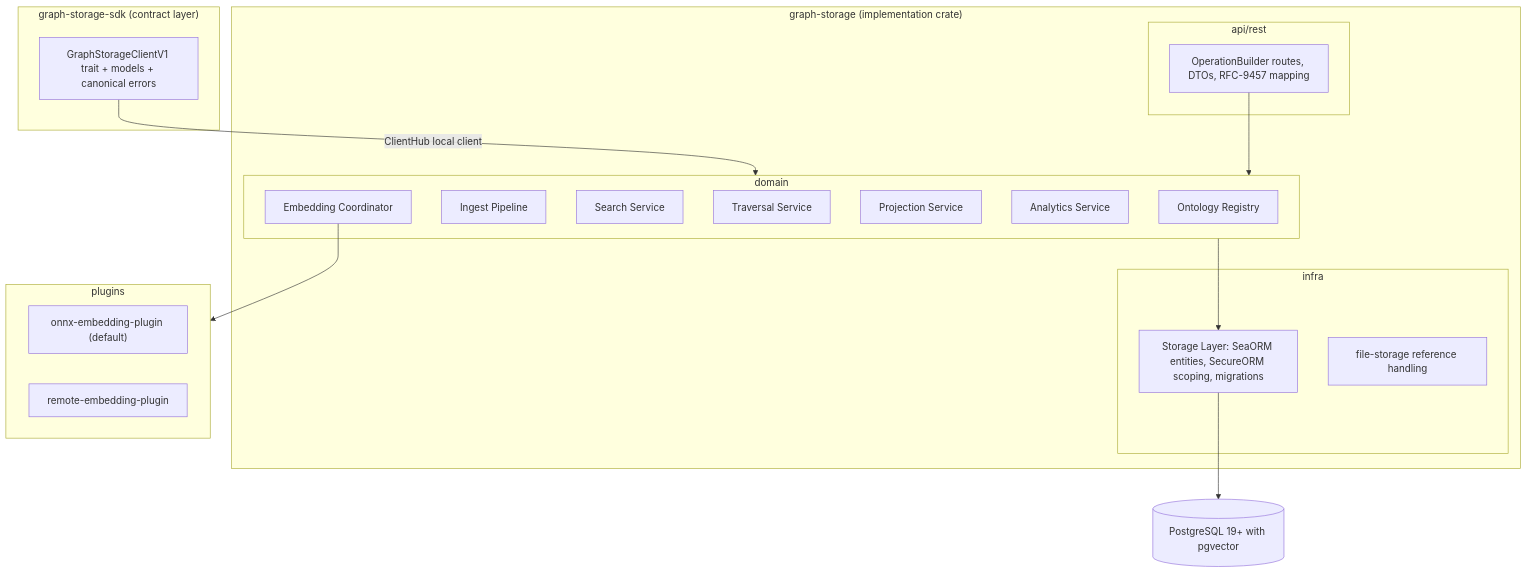
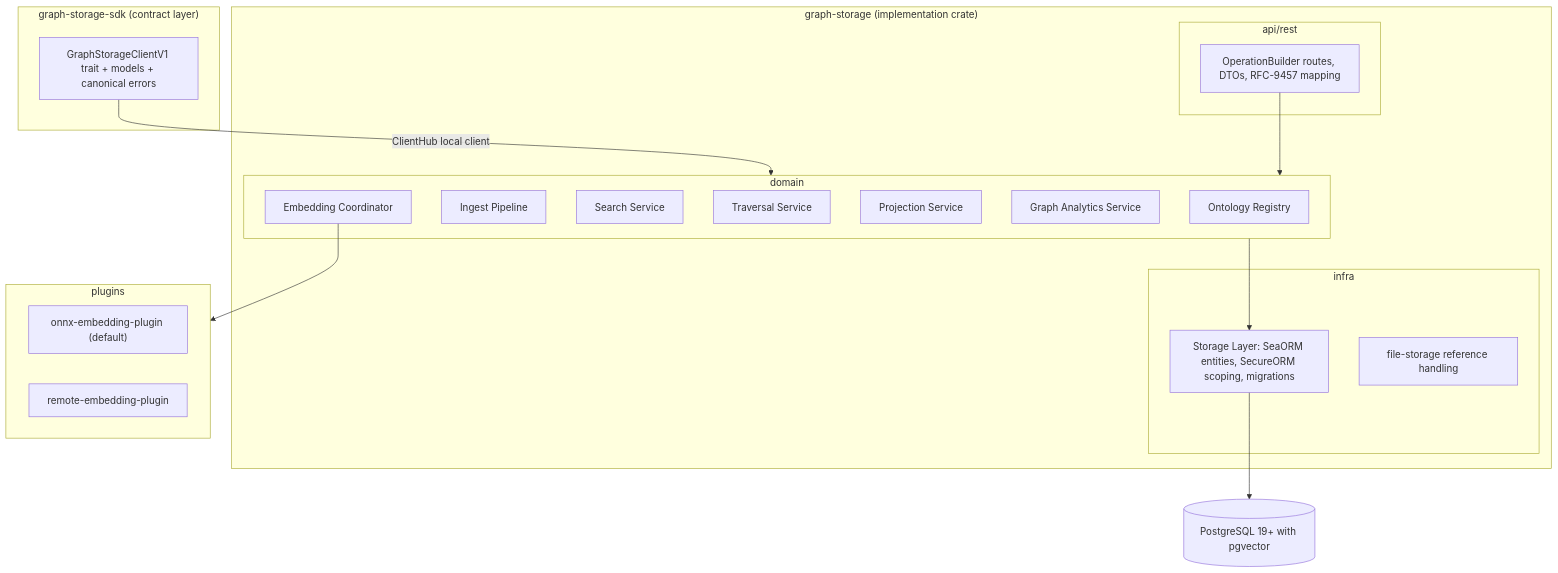
One commit to asmith987/gears-rust changed the first of 2 diagrams in gears/graph-storage/docs/DESIGN.md. Above: the diagram before and after it, drawn with Mermaid. The commit also changed other lines of this file and 3 other files, not shown here.

First line of the commit message:
docs(graph-storage): address architecture review - phantom contract, plugin surface, component rename

````diff
--- a/gears/graph-storage/docs/DESIGN.md
+++ b/gears/graph-storage/docs/DESIGN.md
@@ -100,35 +101,35 @@
 ```mermaid
 flowchart TD
     subgraph SDK["graph-storage-sdk (contract layer)"]
         CLIENT["GraphStorageClientV1 trait + models + canonical errors"]
     end
     subgraph MAIN["graph-storage (implementation crate)"]
         subgraph API["api/rest"]
             REST["OperationBuilder routes, DTOs, RFC-9457 mapping"]
         end
         subgraph DOMAIN["domain"]
             REG["Ontology Registry"]
             ING["Ingest Pipeline"]
             SRCH["Search Service"]
             TRAV["Traversal Service"]
             PROJ["Projection Service"]
-            ANA["Analytics Service"]
+            ANA["Graph Analytics Service"]
             EMB["Embedding Coordinator"]
         end
         subgraph INFRA["infra"]
             STORE["Storage Layer: SeaORM entities, SecureORM scoping, migrations"]
             FS["file-storage reference handling"]
         end
     end
     subgraph PLUGINS["plugins"]
         ONNX["onnx-embedding-plugin (default)"]
         REMOTE["remote-embedding-plugin"]
     end
     PG[("PostgreSQL 19+ with pgvector")]
 
     CLIENT -->|ClientHub local client| DOMAIN
     REST --> DOMAIN
     DOMAIN --> STORE
     EMB --> PLUGINS
     STORE --> PG
 ```
````
